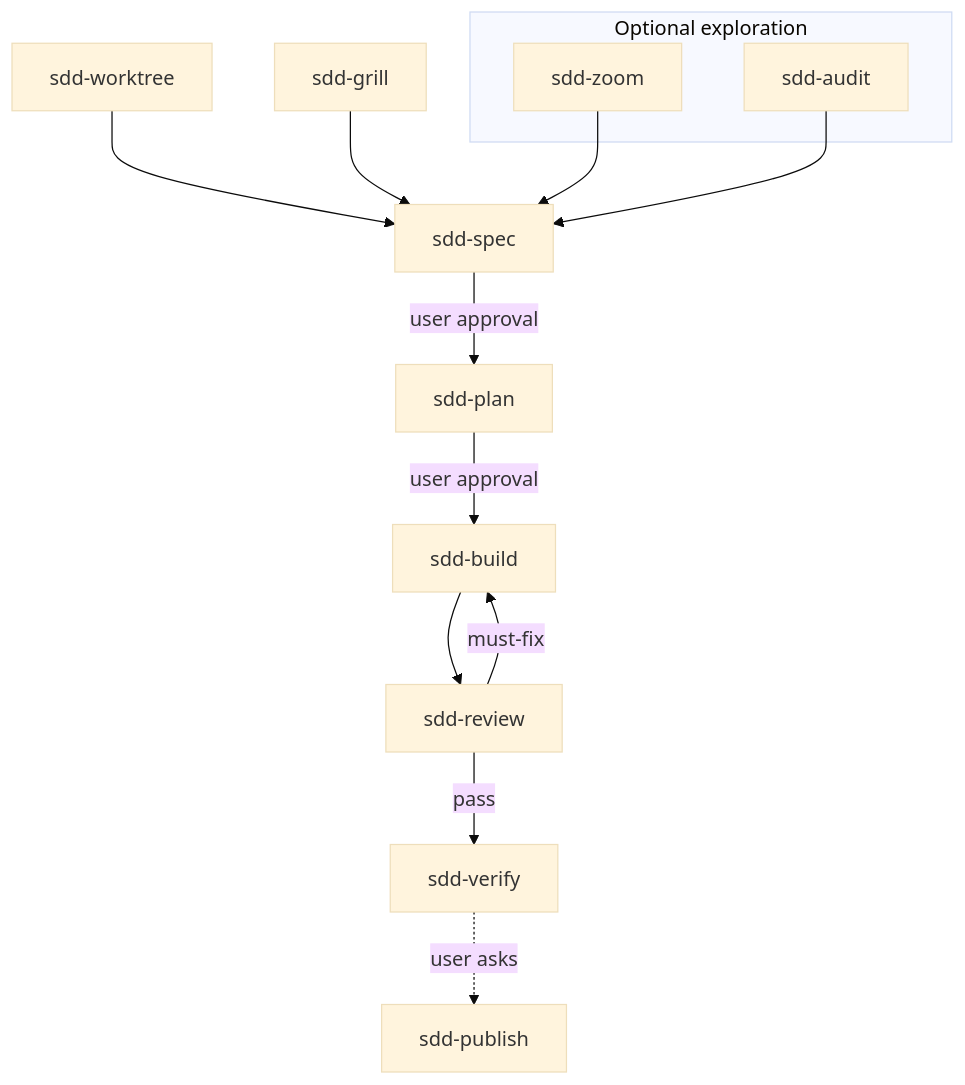
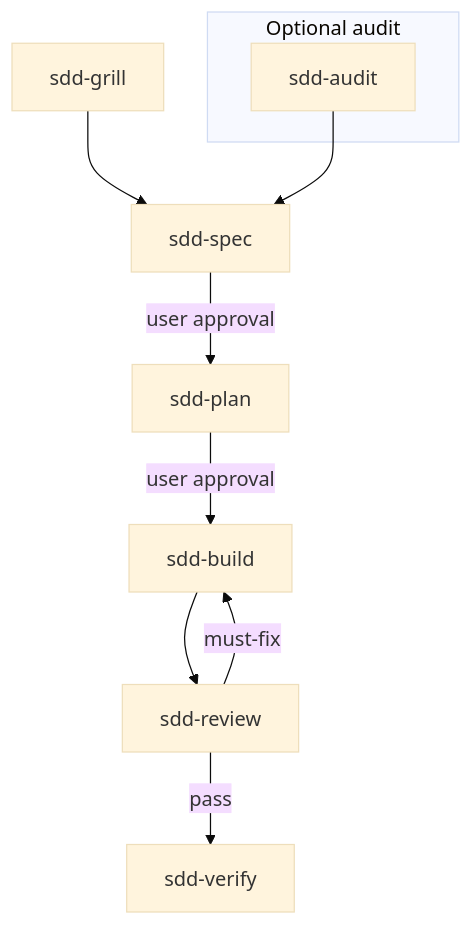
The diagram in README.md (zhijunio/sdd-skills), drawn with Mermaid (base theme) before and after one commit. The commit also changed other lines of this file and 30 other files, not shown here.

````diff
--- a/README.md
+++ b/README.md
@@ -64,21 +80,16 @@
 ```mermaid
 flowchart TD
-  WT[sdd-worktree]
   G[sdd-grill]
-  subgraph explore["Optional exploration"]
-    Z[sdd-zoom]
+  subgraph audit["Optional audit"]
     A[sdd-audit]
   end
 
   S[sdd-spec] -->|user approval| P[sdd-plan]
   P -->|user approval| B[sdd-build]
   B --> R[sdd-review]
   R -->|must-fix| B
   R -->|pass| V[sdd-verify]
-  V -.->|user asks| PUB[sdd-publish]
 
-  WT --> S
   G --> S
-  Z --> S
   A --> S
 ```
````
